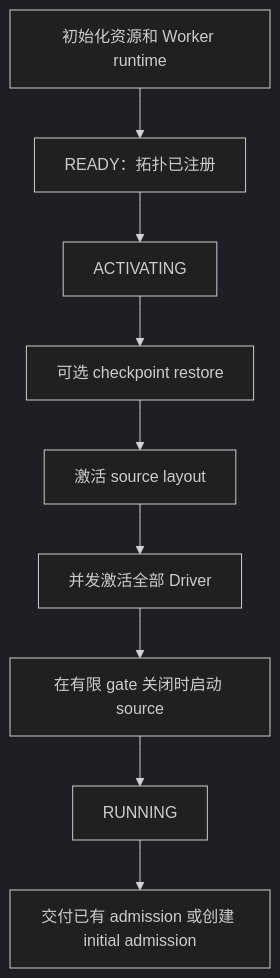
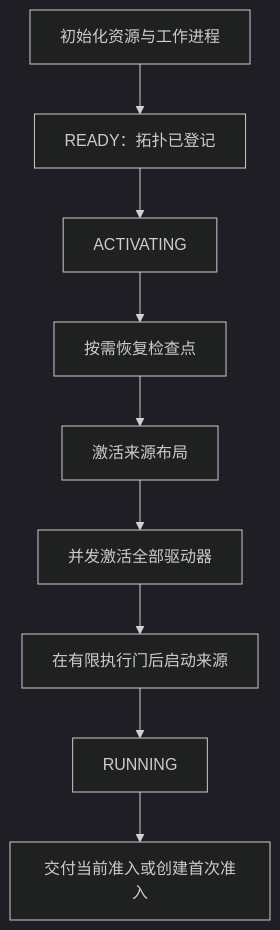
One commit to diaosj/fluxway changed the third of 4 diagrams in docs/execution_lifecycle_zh.md. Above: the diagram before and after it, drawn with Mermaid (dark theme). The commit also changed other lines of this file and 31 other files, not shown here.

Commit message:
[Docs] Add comprehensive architecture, placement, coherence, and transfer planning documentation.

````diff
--- a/docs/execution_lifecycle_zh.md
+++ b/docs/execution_lifecycle_zh.md
@@ -88,11 +108,11 @@
 ```mermaid
 flowchart TD
-    I[初始化资源和 Worker runtime] --> R[READY：拓扑已注册]
+    I[初始化资源与工作进程] --> R[READY：拓扑已登记]
     R --> A[ACTIVATING]
-    A --> S[可选 checkpoint restore]
-    S --> L[激活 source layout]
-    L --> D[并发激活全部 Driver]
-    D --> W[在有限 gate 关闭时启动 source]
+    A --> S[按需恢复检查点]
+    S --> L[激活来源布局]
+    L --> D[并发激活全部驱动器]
+    D --> W[在有限执行门后启动来源]
     W --> U[RUNNING]
-    U --> G[交付已有 admission 或创建 initial admission]
+    U --> G[交付当前准入或创建首次准入]
 ```
````
